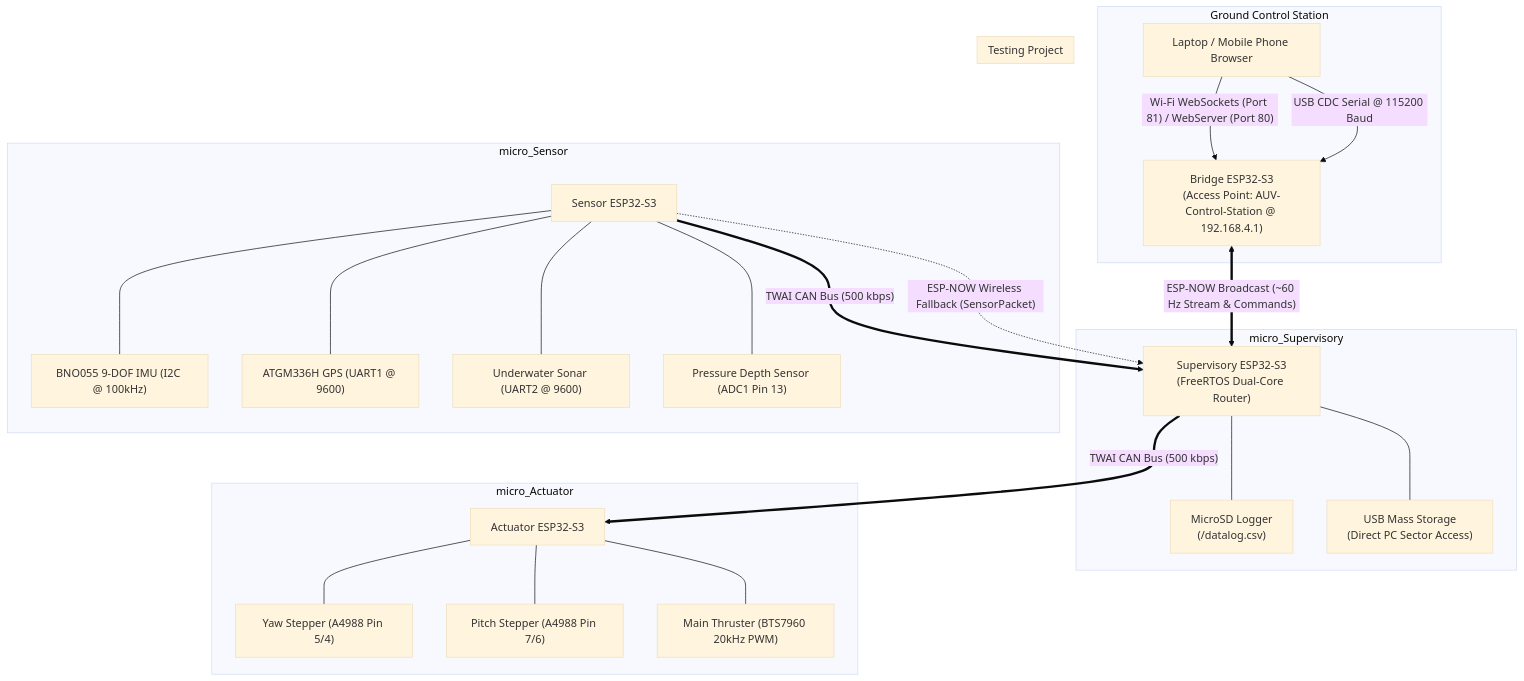
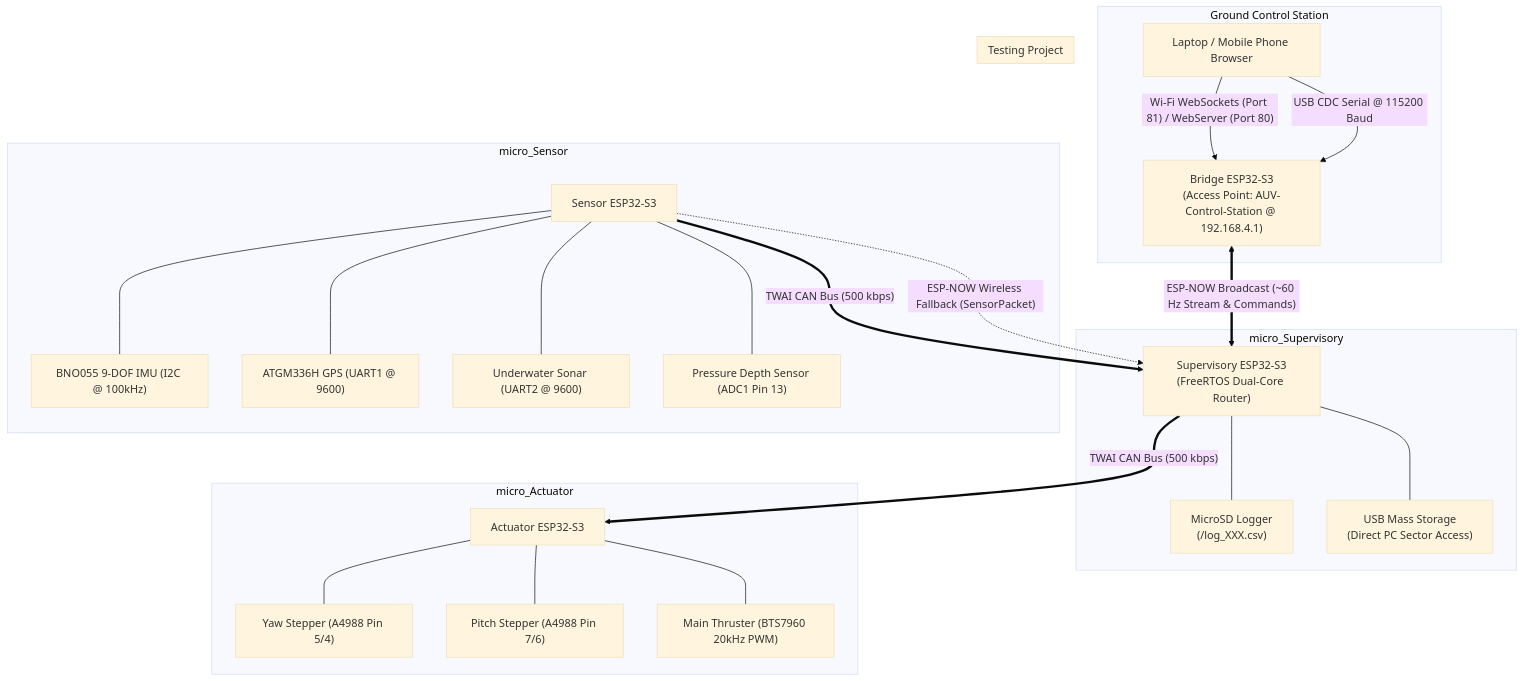
Before and after one commit to Mortyol17/AUV_Projects: the first of 2 diagrams in README.md, drawn with Mermaid (base theme). The commit also changed other lines of this file and 1 other file, not shown here.

````diff
--- a/README.md
+++ b/README.md
@@ -12,48 +12,48 @@
 ```mermaid
 graph TD
     subgraph Ground Control Station
         GS1["Laptop / Mobile Phone Browser"]
         GS1 -- "Wi-Fi WebSockets (Port 81) / WebServer (Port 80)" --> BR
         GS1 -- "USB CDC Serial @ 115200 Baud" --> BR
     end
 
     subgraph Node 4: Ground Bridge Node [Testing Project]
         BR["Bridge ESP32-S3<br/>(Access Point: AUV-Control-Station @ 192.168.4.1)"]
     end
 
     subgraph Node 3: Supervisory Flight Computer [micro_Supervisory]
         SUP["Supervisory ESP32-S3<br/>(FreeRTOS Dual-Core Router)"]
-        SD["MicroSD Logger<br/>(/datalog.csv)"]
+        SD["MicroSD Logger<br/>(/log_XXX.csv)"]
         USB_MSC["USB Mass Storage<br/>(Direct PC Sector Access)"]
         SUP --- SD
         SUP --- USB_MSC
     end
 
     subgraph Node 1: Sensor Engine [micro_Sensor]
         SEN["Sensor ESP32-S3"]
         BNO["BNO055 9-DOF IMU (I2C @ 100kHz)"]
         GPS["ATGM336H GPS (UART1 @ 9600)"]
         SONAR["Underwater Sonar (UART2 @ 9600)"]
         DEPTH["Pressure Depth Sensor (ADC1 Pin 13)"]
         SEN --- BNO
         SEN --- GPS
         SEN --- SONAR
         SEN --- DEPTH
     end
 
     subgraph Node 2: Actuator Unit [micro_Actuator]
         ACT["Actuator ESP32-S3"]
         ST1["Yaw Stepper (A4988 Pin 5/4)"]
         ST2["Pitch Stepper (A4988 Pin 7/6)"]
         BTS["Main Thruster (BTS7960 20kHz PWM)"]
         ACT --- ST1
         ACT --- ST2
         ACT --- BTS
     end
 
     %% Communication Interfaces
     BR <== "ESP-NOW Broadcast (~60 Hz Stream & Commands)" ==> SUP
     SEN == "TWAI CAN Bus (500 kbps)" ==> SUP
     SUP == "TWAI CAN Bus (500 kbps)" ==> ACT
     SEN -. "ESP-NOW Wireless Fallback (SensorPacket)" .-> SUP
 ```
````
